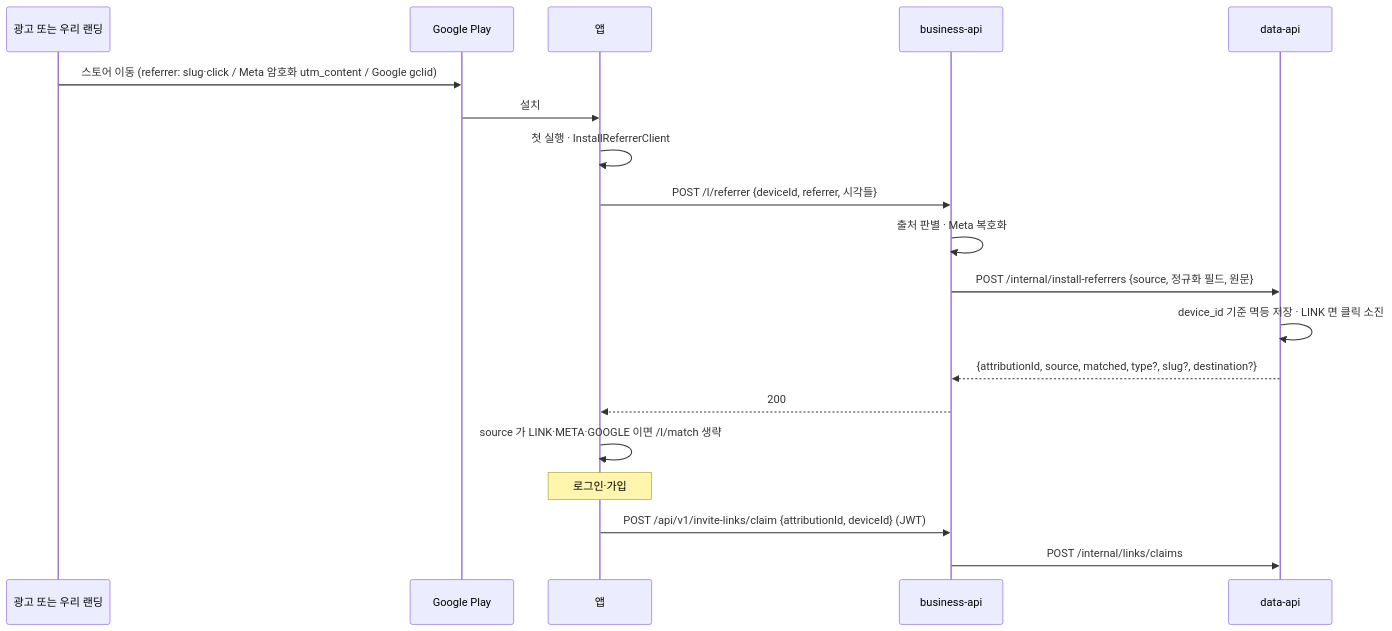
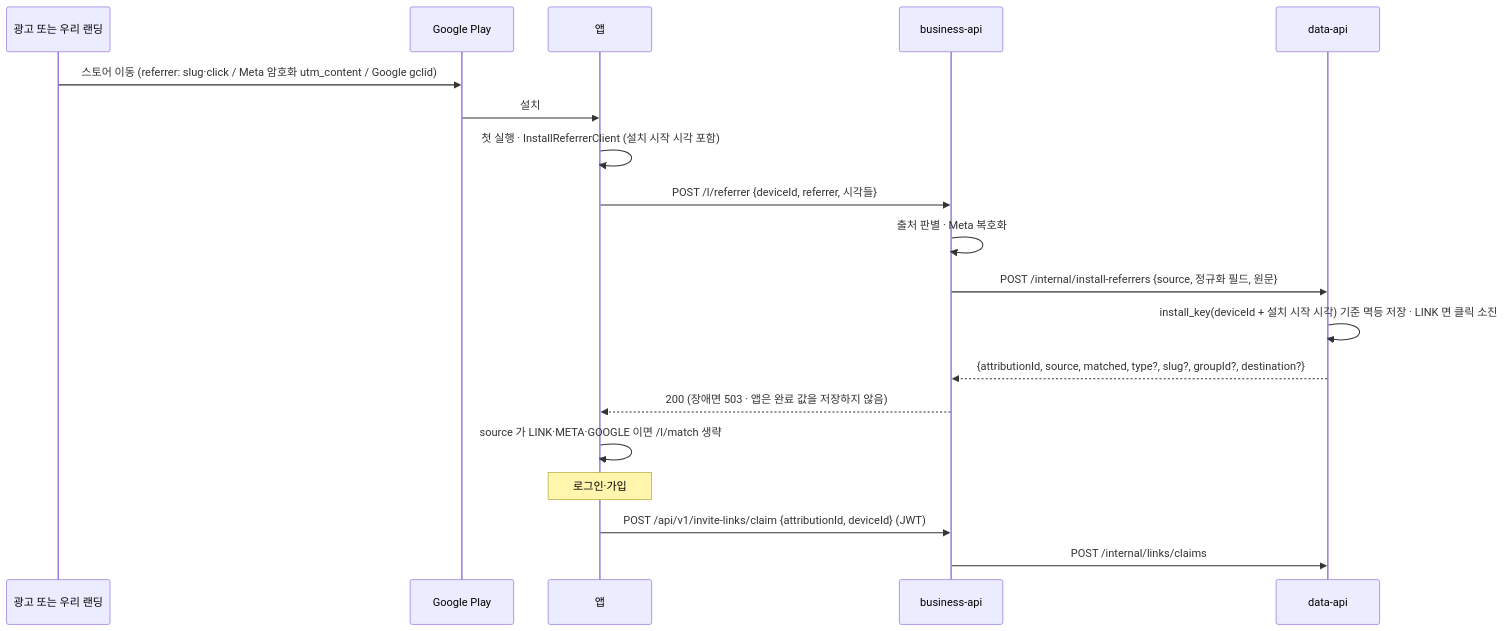
The third of 4 diagrams in docs/prd/link-attribution/high-level-design.md (OneOrThree/phone), drawn with Mermaid before and after one commit. The commit also changed other lines of this file and 4 other files, not shown here.

````diff
--- a/docs/prd/link-attribution/high-level-design.md
+++ b/docs/prd/link-attribution/high-level-design.md
@@ -89,21 +90,21 @@
 ```mermaid
 sequenceDiagram
   participant Src as 광고 또는 우리 랜딩
   participant P as Google Play
   participant A as 앱
   participant B as business-api
   participant D as data-api
   Src->>P: 스토어 이동 (referrer: slug·click / Meta 암호화 utm_content / Google gclid)
   P->>A: 설치
-  A->>A: 첫 실행 · InstallReferrerClient
+  A->>A: 첫 실행 · InstallReferrerClient (설치 시작 시각 포함)
   A->>B: POST /l/referrer {deviceId, referrer, 시각들}
   B->>B: 출처 판별 · Meta 복호화
   B->>D: POST /internal/install-referrers {source, 정규화 필드, 원문}
-  D->>D: device_id 기준 멱등 저장 · LINK 면 클릭 소진
-  D-->>B: {attributionId, source, matched, type?, slug?, destination?}
-  B-->>A: 200
+  D->>D: install_key(deviceId + 설치 시작 시각) 기준 멱등 저장 · LINK 면 클릭 소진
+  D-->>B: {attributionId, source, matched, type?, slug?, groupId?, destination?}
+  B-->>A: 200 (장애면 503 · 앱은 완료 값을 저장하지 않음)
   A->>A: source 가 LINK·META·GOOGLE 이면 /l/match 생략
   Note over A: 로그인·가입
   A->>B: POST /api/v1/invite-links/claim {attributionId, deviceId} (JWT)
   B->>D: POST /internal/links/claims
 ```
````
